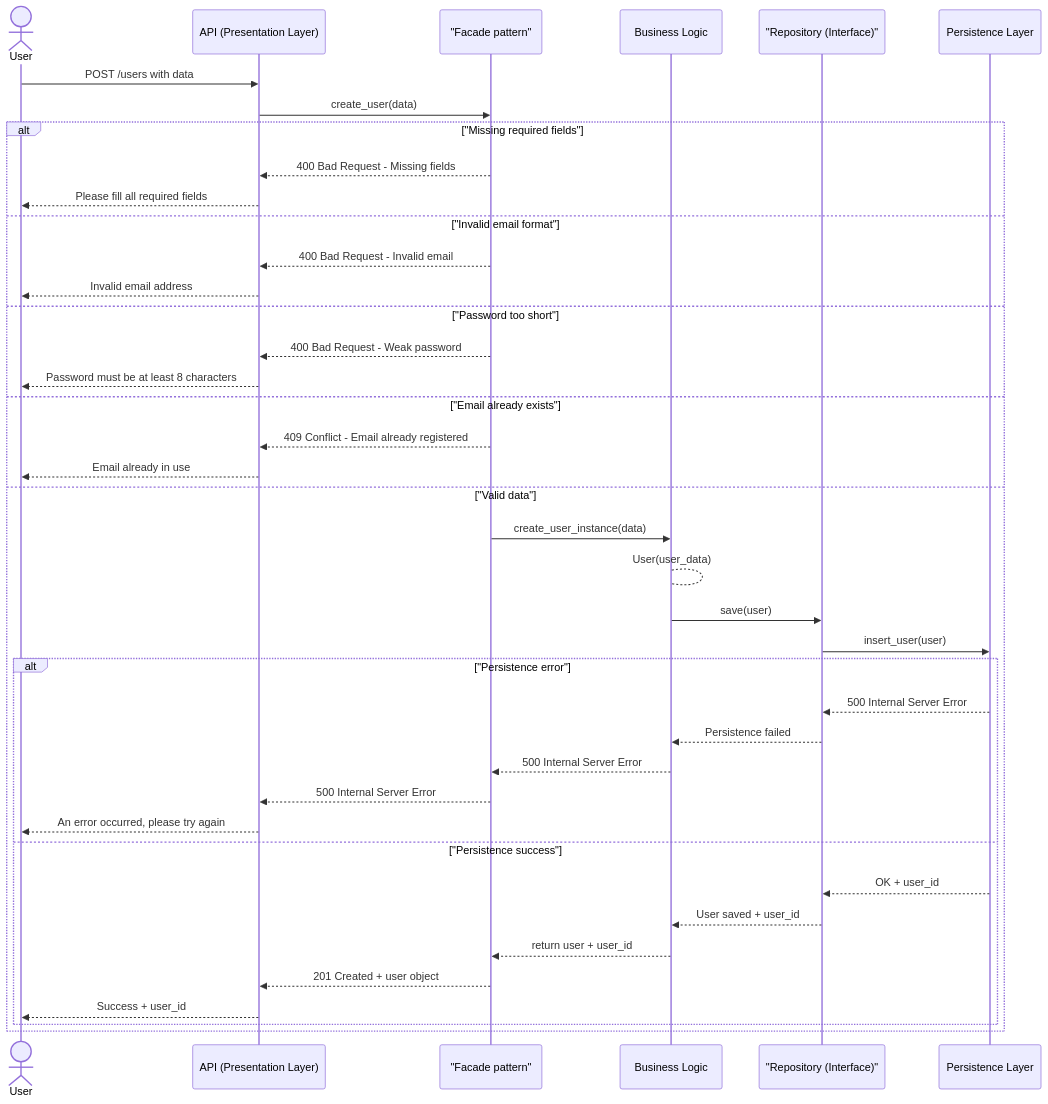
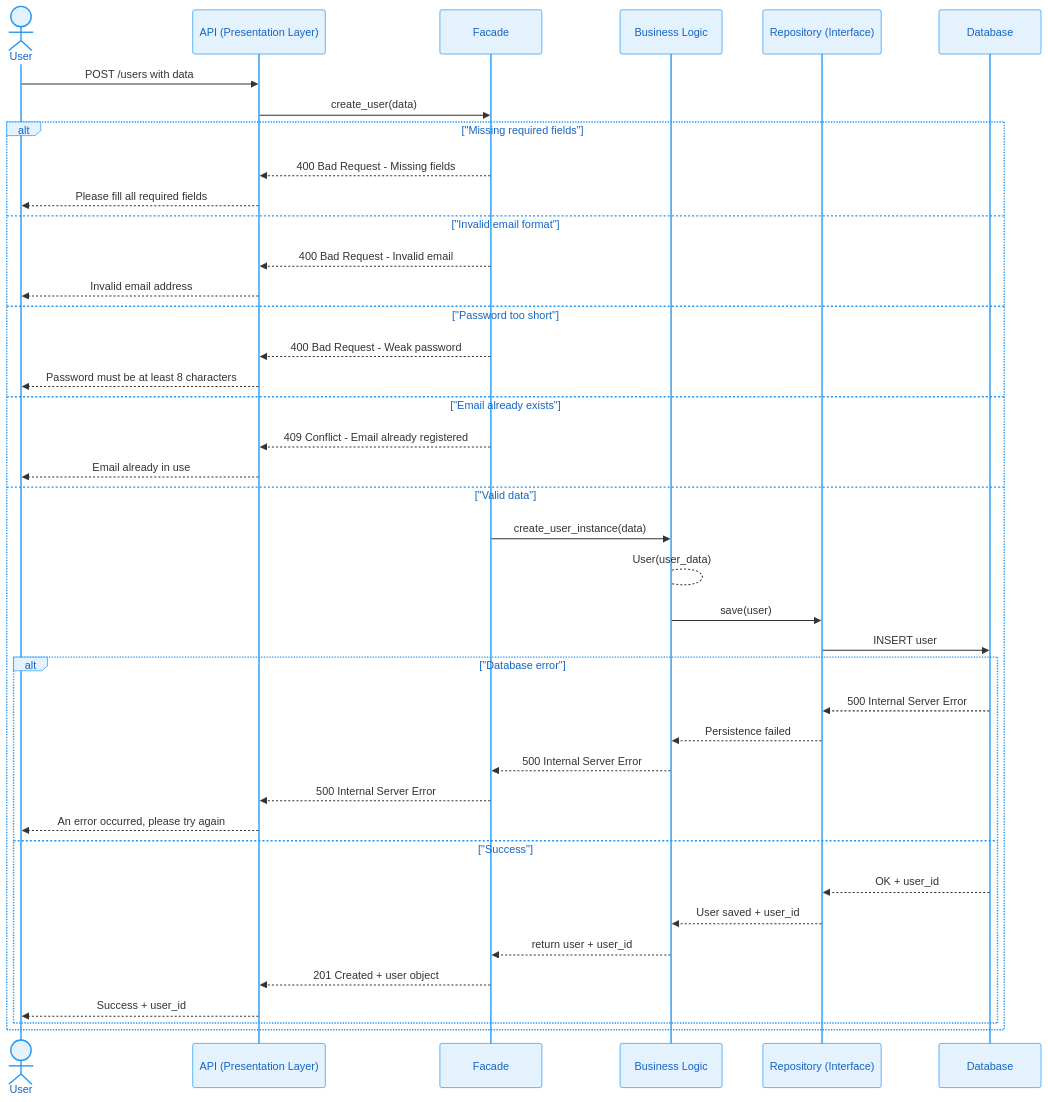
One commit to ValentinDLC/HolbertonSchool-Hbnb changed the first of 4 diagrams in Part1/API_Calls_diagrams.md. Above: the diagram before and after it, drawn with Mermaid. The commit also changed other lines of this file, not shown here.

Commit message:
Style: add professional blue/grey theme to sequence diagrams

````diff
--- a/Part1/API_Calls_diagrams.md
+++ b/Part1/API_Calls_diagrams.md
@@ -3,49 +3,56 @@
 ```mermaid
+%%{init: {'theme':'base', 'themeVariables': {
+  'actorBkg':'#E3F2FD',
+  'actorBorder':'#2196F3',
+  'actorTextColor':'#1565C0',
+  'noteBkgColor':'#FFF9C4',
+  'noteBorderColor':'#FBC02D'
+}}}%%
 sequenceDiagram
     %% Layers:
     %% Presentation: User, API
     %% Business Logic: Facade, BusinessLogic, Repository
-    %% Persistence: Persistence
+    %% Persistence: Database
 
     actor User
     participant API as API (Presentation Layer)
-    participant Facade as "Facade pattern"
+    participant Facade as Facade
     participant BusinessLogic as Business Logic
-    participant Repository as "Repository (Interface)"
-    participant Persistence as Persistence Layer
+    participant Repository as Repository (Interface)
+    participant Database as Database
 
     User ->> API: POST /users with data
     API ->> Facade: create_user(data)
 
     alt "Missing required fields"
         Facade -->> API: 400 Bad Request - Missing fields
         API -->> User: Please fill all required fields
     else "Invalid email format"
         Facade -->> API: 400 Bad Request - Invalid email
         API -->> User: Invalid email address
     else "Password too short"
         Facade -->> API: 400 Bad Request - Weak password
         API -->> User: Password must be at least 8 characters
     else "Email already exists"
         Facade -->> API: 409 Conflict - Email already registered
         API -->> User: Email already in use
     else "Valid data"
         Facade ->> BusinessLogic: create_user_instance(data)
-        BusinessLogic --> BusinessLogic: User(user_data)  # Création de l'instance
+        BusinessLogic --> BusinessLogic: User(user_data)
         BusinessLogic ->> Repository: save(user)
-        Repository ->> Persistence: insert_user(user)
-        alt "Persistence error"
-            Persistence -->> Repository: 500 Internal Server Error
+        Repository ->> Database: INSERT user
+        alt "Database error"
+            Database -->> Repository: 500 Internal Server Error
             Repository -->> BusinessLogic: Persistence failed
             BusinessLogic -->> Facade: 500 Internal Server Error
             Facade -->> API: 500 Internal Server Error
             API -->> User: An error occurred, please try again
-        else "Persistence success"
-            Persistence -->> Repository: OK + user_id
+        else "Success"
+            Database -->> Repository: OK + user_id
             Repository -->> BusinessLogic: User saved + user_id
             BusinessLogic -->> Facade: return user + user_id
             Facade -->> API: 201 Created + user object
             API -->> User: Success + user_id
         end
     end
 ```
````
